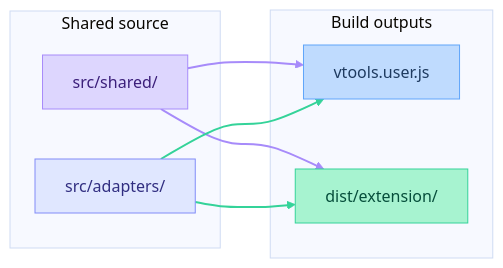
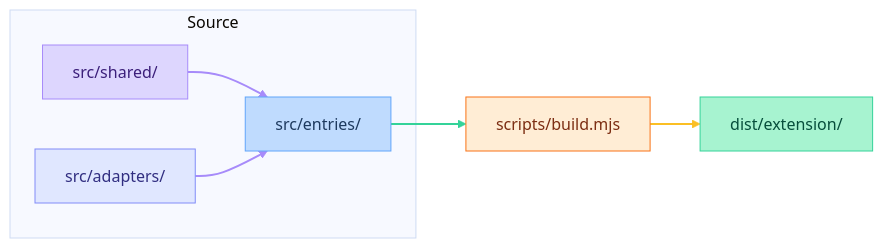
One commit to yaser-vendoroo/mphelper changed the diagram in README.md. Above: the diagram before and after it, drawn with Mermaid. The commit also changed other lines of this file and 13 other files, not shown here.

````diff
--- a/README.md
+++ b/README.md
@@ -141,28 +131,28 @@
 ```mermaid
 %%{init: {'theme': 'base', 'themeVariables': {'background': '#ffffff'}, 'flowchart': {'curve': 'basis'}}}%%
 flowchart LR
-  subgraph sources [Shared source]
+  subgraph sources [Source]
     Shared["src/shared/"]
     Adapters["src/adapters/"]
+    Entries["src/entries/"]
   end
 
-  subgraph outputs [Build outputs]
-    Userscript["vtools.user.js"]
-    Extension["dist/extension/"]
-  end
+  Build["scripts/build.mjs"]
+  Extension["dist/extension/"]
 
-  Shared --> Userscript
-  Shared --> Extension
-  Adapters --> Userscript
-  Adapters --> Extension
+  Shared --> Entries
+  Adapters --> Entries
+  Entries --> Build
+  Build --> Extension
 
   linkStyle 0 stroke:#a78bfa,stroke-width:2px
   linkStyle 1 stroke:#a78bfa,stroke-width:2px
   linkStyle 2 stroke:#34d399,stroke-width:2px
-  linkStyle 3 stroke:#34d399,stroke-width:2px
+  linkStyle 3 stroke:#fbbf24,stroke-width:2px
 
   style Shared fill:#ddd6fe,stroke:#a78bfa,color:#3b1f7a
   style Adapters fill:#e0e7ff,stroke:#818cf8,color:#312e81
-  style Userscript fill:#bfdbfe,stroke:#60a5fa,color:#1e3a5f
+  style Entries fill:#bfdbfe,stroke:#60a5fa,color:#1e3a5f
+  style Build fill:#ffedd5,stroke:#f97316,color:#7c2d12
   style Extension fill:#a7f3d0,stroke:#34d399,color:#064e3b
 ```
````
